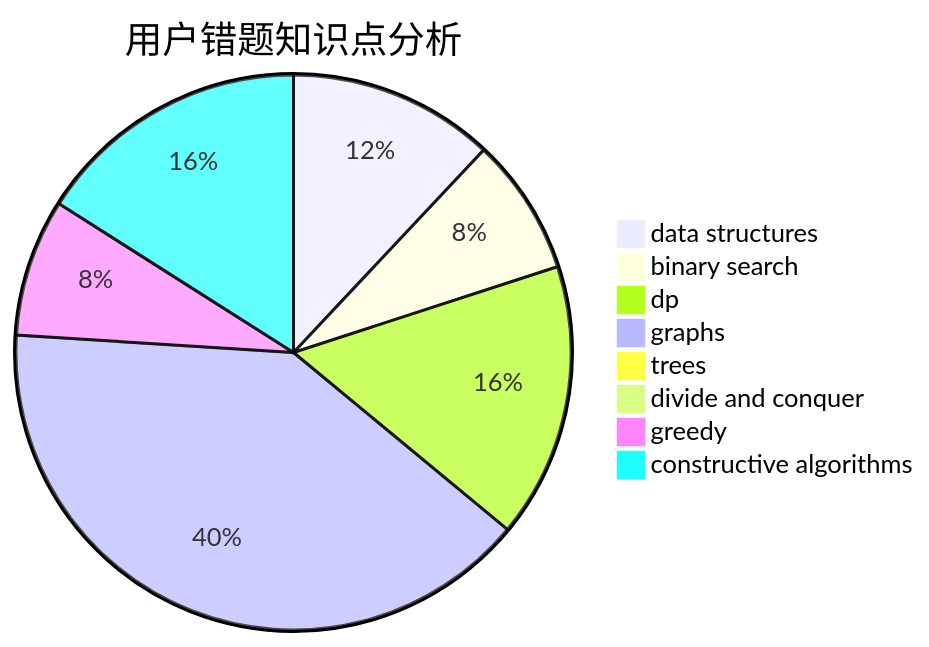
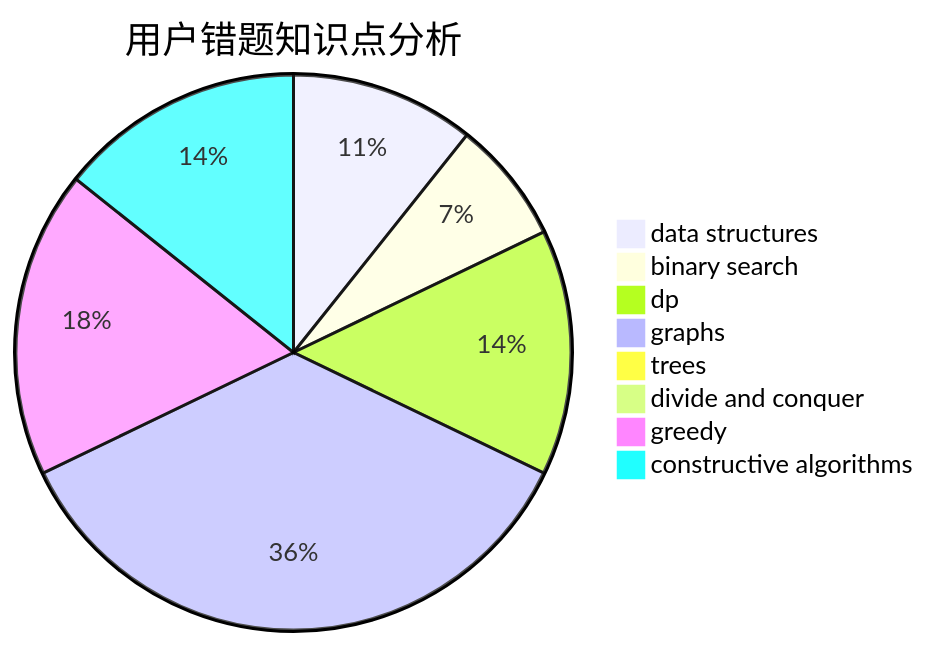
Before and after one commit to sherpahu/cfrs.github.io: the third of 3 diagrams in docs/user/u1801.md, drawn with Mermaid. The commit also changed other lines of this file and 2770 other files, not shown here.

````diff
--- a/docs/user/u1801.md
+++ b/docs/user/u1801.md
@@ -36,11 +36,11 @@
 ```mermaid
 pie title 用户错题知识点分析
     "data structures" :  3
     "binary search" :  2
     "dp" :  4
     "graphs" :  10
     "trees" :  0
     "divide and conquer" :  0
-    "greedy" :  2
+    "greedy" :  5
     "constructive algorithms" :  4
 ```
````
